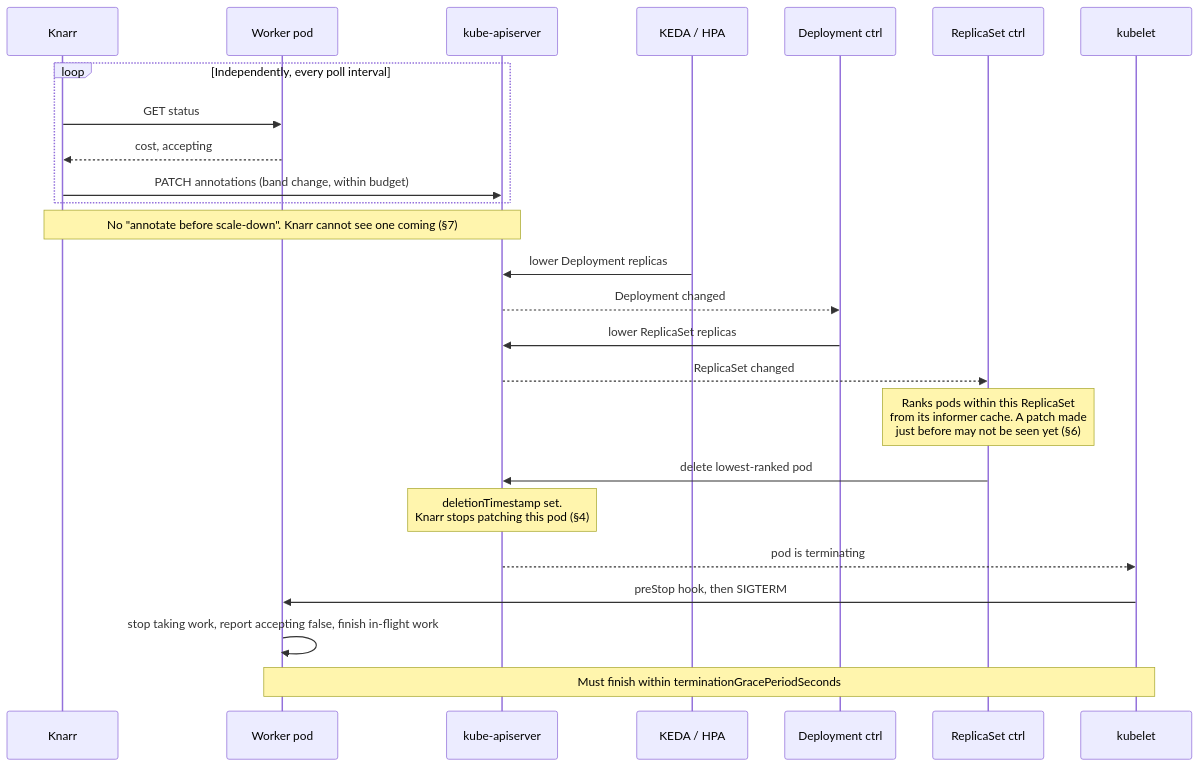
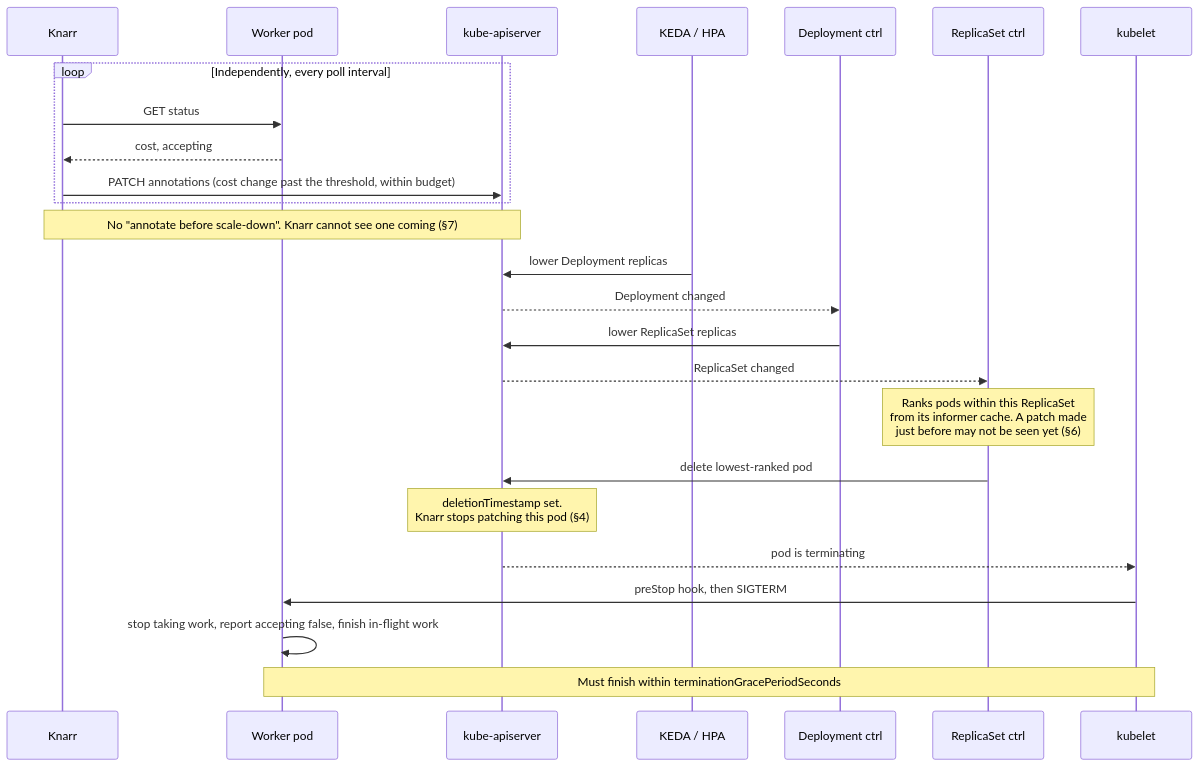
Before and after one commit to steven-cutting/knarr: the fourth of 10 diagrams in docs/OVERVIEW.md, drawn with Mermaid. The commit also changed other lines of this file and 16 other files, not shown here.

````diff
--- a/docs/OVERVIEW.md
+++ b/docs/OVERVIEW.md
@@ -171,27 +171,27 @@
 ```mermaid
 sequenceDiagram
     participant K as Knarr
     participant W as Worker pod
     participant API as kube-apiserver
     participant S as KEDA / HPA
     participant D as Deployment ctrl
     participant RS as ReplicaSet ctrl
     participant KL as kubelet
     loop Independently, every poll interval
         K->>W: GET status
         W-->>K: cost, accepting
-        K->>API: PATCH annotations (band change, within budget)
+        K->>API: PATCH annotations (cost change past the threshold, within budget)
     end
     Note over K,API: No "annotate before scale-down". Knarr cannot see one coming (§7)
     S->>API: lower Deployment replicas
     API-->>D: Deployment changed
     D->>API: lower ReplicaSet replicas
     API-->>RS: ReplicaSet changed
     Note over RS: Ranks pods within this ReplicaSet<br/>from its informer cache. A patch made<br/>just before may not be seen yet (§6)
     RS->>API: delete lowest-ranked pod
     Note over API: deletionTimestamp set.<br/>Knarr stops patching this pod (§4)
     API-->>KL: pod is terminating
     KL->>W: preStop hook, then SIGTERM
     W->>W: stop taking work, report accepting false, finish in-flight work
     Note over KL,W: Must finish within terminationGracePeriodSeconds
 ```
````
